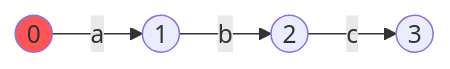
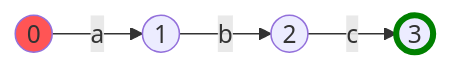
The third of 5 diagrams in personal-site/content/series/making regex from scratch in GO/06-Pretty-Vizualizations.md (LeweyM/LeweyM.github.io), drawn with Mermaid before and after one commit. The commit also changed other lines of this file and 5 other files, not shown here.

````diff
--- a/personal-site/content/series/making regex from scratch in GO/06-Pretty-Vizualizations.md
+++ b/personal-site/content/series/making regex from scratch in GO/06-Pretty-Vizualizations.md
@@ -717,7 +671,8 @@
 ```mermaid
 graph LR  
 0((0)) --"a"--> 1((1))  
 1((1)) --"b"--> 2((2))  
 2((2)) --"c"--> 3((3))  
+style 3 stroke:green,stroke-width:4px;
 style 0 fill:#ff5555;
 ```
````
